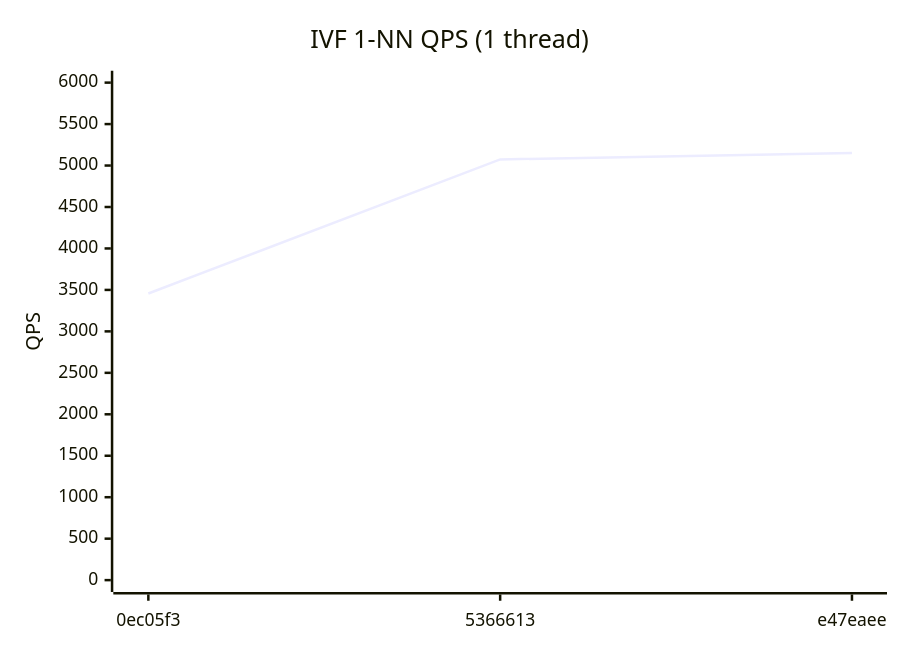
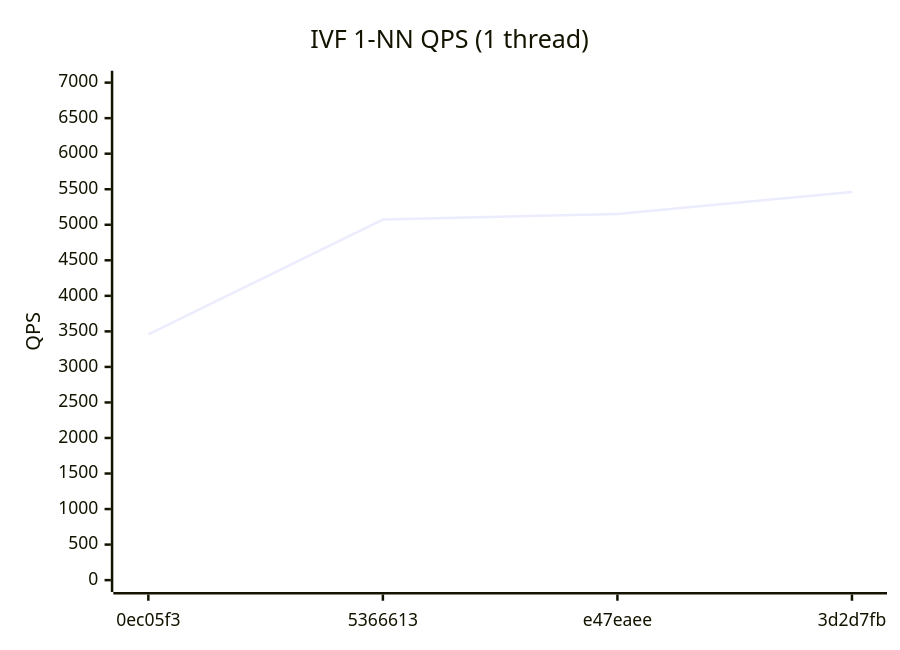
The third of 4 diagrams in benchmarks/REPORT.md (bibidhSubedi0/RedBoxDb), drawn with Mermaid before and after one commit. The commit also changed other lines of this file and 1 other file, not shown here.

````diff
--- a/benchmarks/REPORT.md
+++ b/benchmarks/REPORT.md
@@ -39,7 +39,7 @@
 ```mermaid
 xychart-beta
   title "IVF 1-NN QPS (1 thread)"
-  x-axis ["0ec05f3", "5366613", "e47eaee"]
-  y-axis "QPS" 0 --> 6000
-  line [3457, 5074, 5151]
+  x-axis ["0ec05f3", "5366613", "e47eaee", "3d2d7fb"]
+  y-axis "QPS" 0 --> 7000
+  line [3457, 5074, 5151, 5462]
 ```
````
